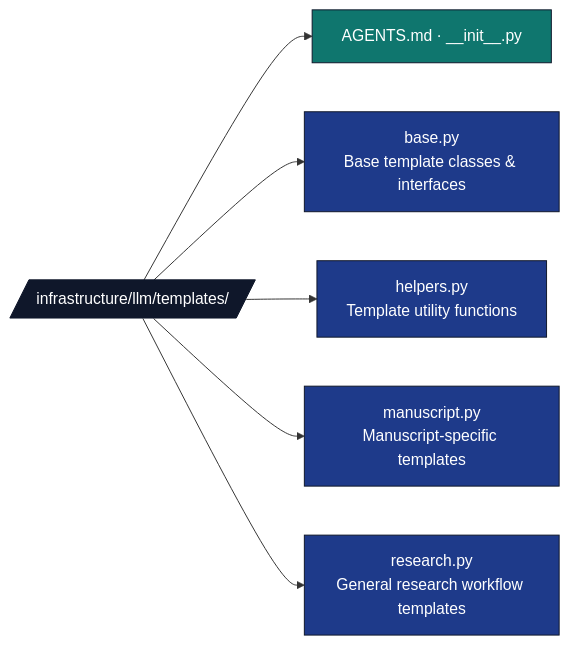
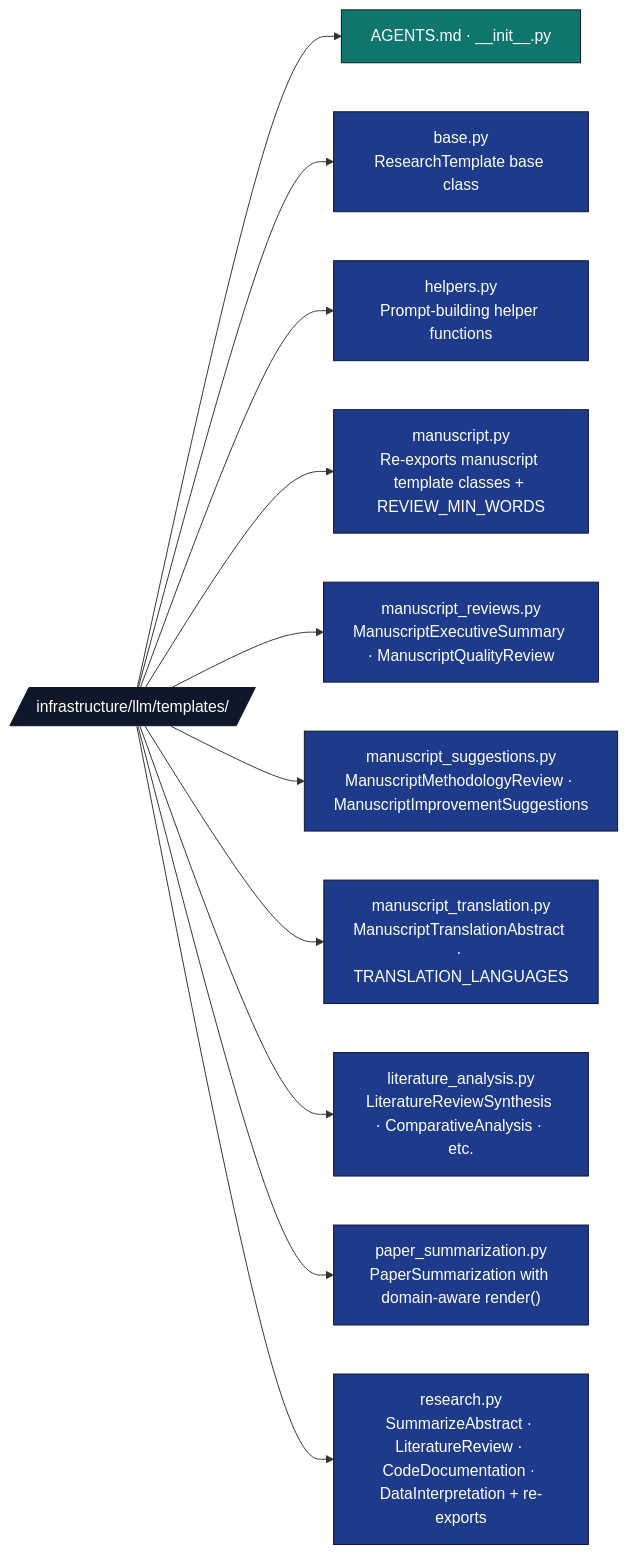
The diagram in infrastructure/llm/templates/AGENTS.md (docxology/template), drawn with Mermaid before and after one commit. The commit also changed other lines of this file and 952 other files, not shown here.

````diff
--- a/infrastructure/llm/templates/AGENTS.md
+++ b/infrastructure/llm/templates/AGENTS.md
@@ -9,16 +9,21 @@
 ```mermaid
 flowchart LR
     T[/infrastructure/llm/templates//]
     T --> META[AGENTS.md · __init__.py]
-    T --> BASE[base.py<br/>Base template classes &amp; interfaces]
-    T --> HELP[helpers.py<br/>Template utility functions]
-    T --> MAN[manuscript.py<br/>Manuscript-specific templates]
-    T --> RES[research.py<br/>General research workflow templates]
+    T --> BASE[base.py<br/>ResearchTemplate base class]
+    T --> HELP[helpers.py<br/>Prompt-building helper functions]
+    T --> MAN[manuscript.py<br/>Re-exports manuscript template classes + REVIEW_MIN_WORDS]
+    T --> MANR[manuscript_reviews.py<br/>ManuscriptExecutiveSummary · ManuscriptQualityReview]
+    T --> MANS[manuscript_suggestions.py<br/>ManuscriptMethodologyReview · ManuscriptImprovementSuggestions]
+    T --> MANT[manuscript_translation.py<br/>ManuscriptTranslationAbstract · TRANSLATION_LANGUAGES]
+    T --> LIT[literature_analysis.py<br/>LiteratureReviewSynthesis · ComparativeAnalysis · etc.]
+    T --> PAP["paper_summarization.py<br/>PaperSummarization with domain-aware render()"]
+    T --> RES[research.py<br/>SummarizeAbstract · LiteratureReview · CodeDocumentation · DataInterpretation + re-exports]
 
     classDef d fill:#0f172a,stroke:#0f172a,color:#fff
     classDef code fill:#1e3a8a,stroke:#0f172a,color:#fff
     classDef doc fill:#0f766e,stroke:#0f172a,color:#fff
     class T d
-    class BASE,HELP,MAN,RES code
+    class BASE,HELP,MAN,MANR,MANS,MANT,LIT,PAP,RES code
     class META doc
 ```
````
